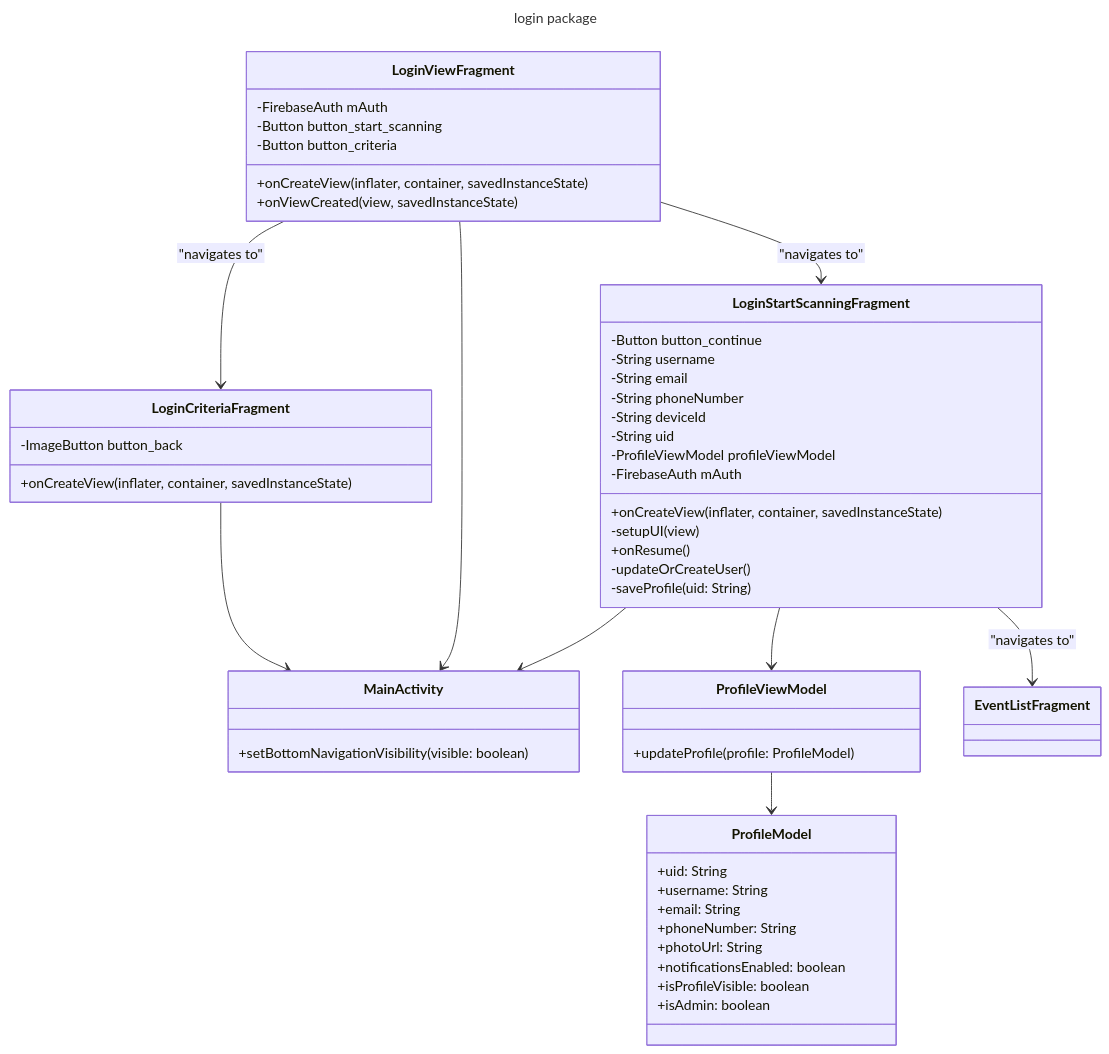
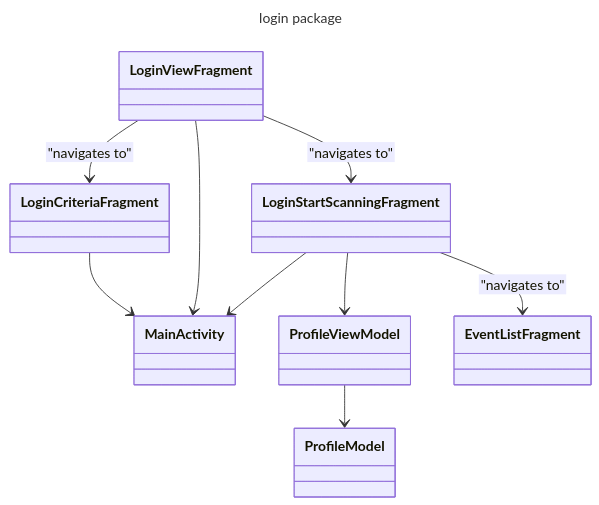
The diagram in doc/uml/login.mmd (CMPUT301F25rocket/rocket-radar), drawn with Mermaid before and after one commit. The commit also changed 6 other files, not shown here.

```diff
--- a/doc/uml/login.mmd
+++ b/doc/uml/login.mmd
@@ -1,69 +1,33 @@
 ---
 title: login package
 config:
   htmlLabels: false
 ---
 
 classDiagram
     direction TB
 
-    class MainActivity {
-        +setBottomNavigationVisibility(visible: boolean)
-    }
+    class MainActivity 
 
-    class LoginViewFragment {
-        -FirebaseAuth mAuth
-        -Button button_start_scanning
-        -Button button_criteria
-        +onCreateView(inflater, container, savedInstanceState)
-        +onViewCreated(view, savedInstanceState)
-    }
+    class LoginViewFragment 
 
-    class LoginCriteriaFragment {
-        -ImageButton button_back
-        +onCreateView(inflater, container, savedInstanceState)
-    }
+    class LoginCriteriaFragment 
 
-    class LoginStartScanningFragment {
-        -Button button_continue
-        -String username
-        -String email
-        -String phoneNumber
-        -String deviceId
-        -String uid
-        -ProfileViewModel profileViewModel
-        -FirebaseAuth mAuth
-        +onCreateView(inflater, container, savedInstanceState)
-        -setupUI(view)
-        +onResume()
-        -updateOrCreateUser()
-        -saveProfile(uid: String)
-    }
+    class LoginStartScanningFragment 
 
-    class ProfileViewModel {
-        +updateProfile(profile: ProfileModel)
-    }
+    class ProfileViewModel 
 
-    class ProfileModel {
-        +uid: String
-        +username: String
-        +email: String
-        +phoneNumber: String
-        +photoUrl: String
-        +notificationsEnabled: boolean
-        +isProfileVisible: boolean
-        +isAdmin: boolean
-    }
+    class ProfileModel 
 
     %% Relationships
 
     LoginStartScanningFragment --> ProfileViewModel
     ProfileViewModel --> ProfileModel
 
     LoginCriteriaFragment --> MainActivity
     LoginViewFragment --> MainActivity
     LoginStartScanningFragment --> MainActivity
 
     LoginViewFragment --> LoginCriteriaFragment : "navigates to"
     LoginViewFragment --> LoginStartScanningFragment : "navigates to"
     LoginStartScanningFragment --> EventListFragment : "navigates to"
```
